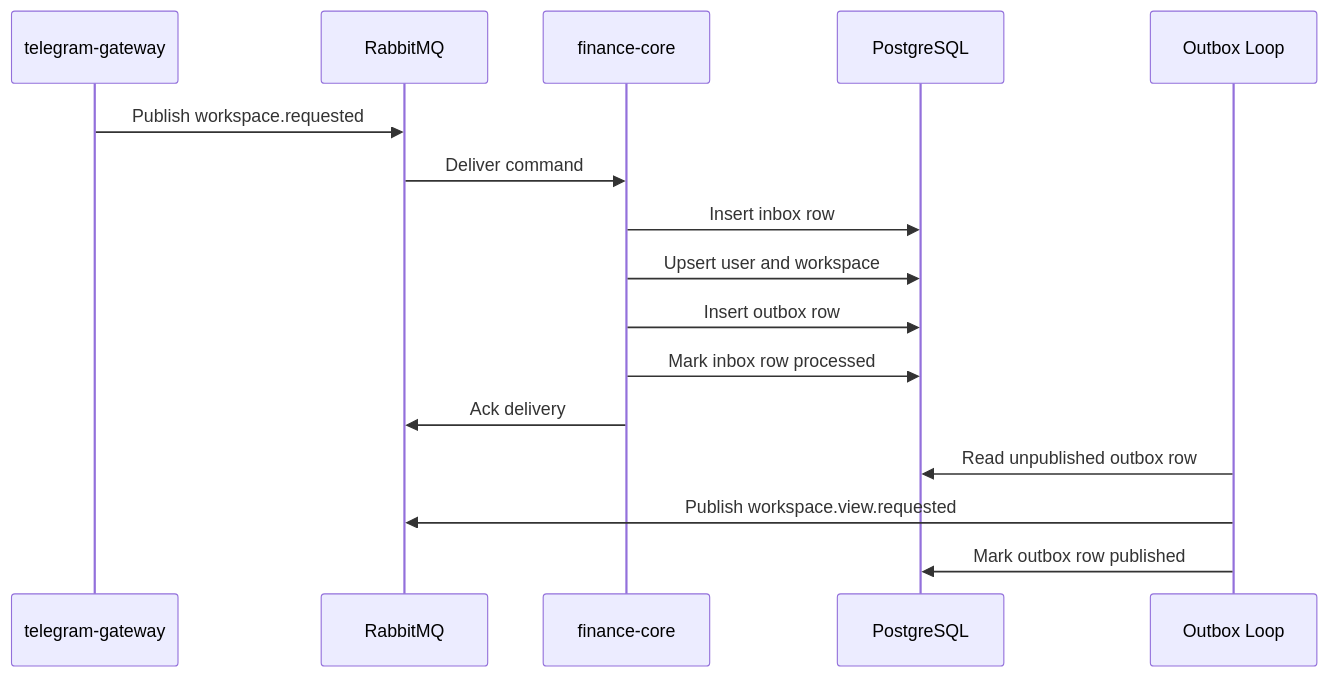
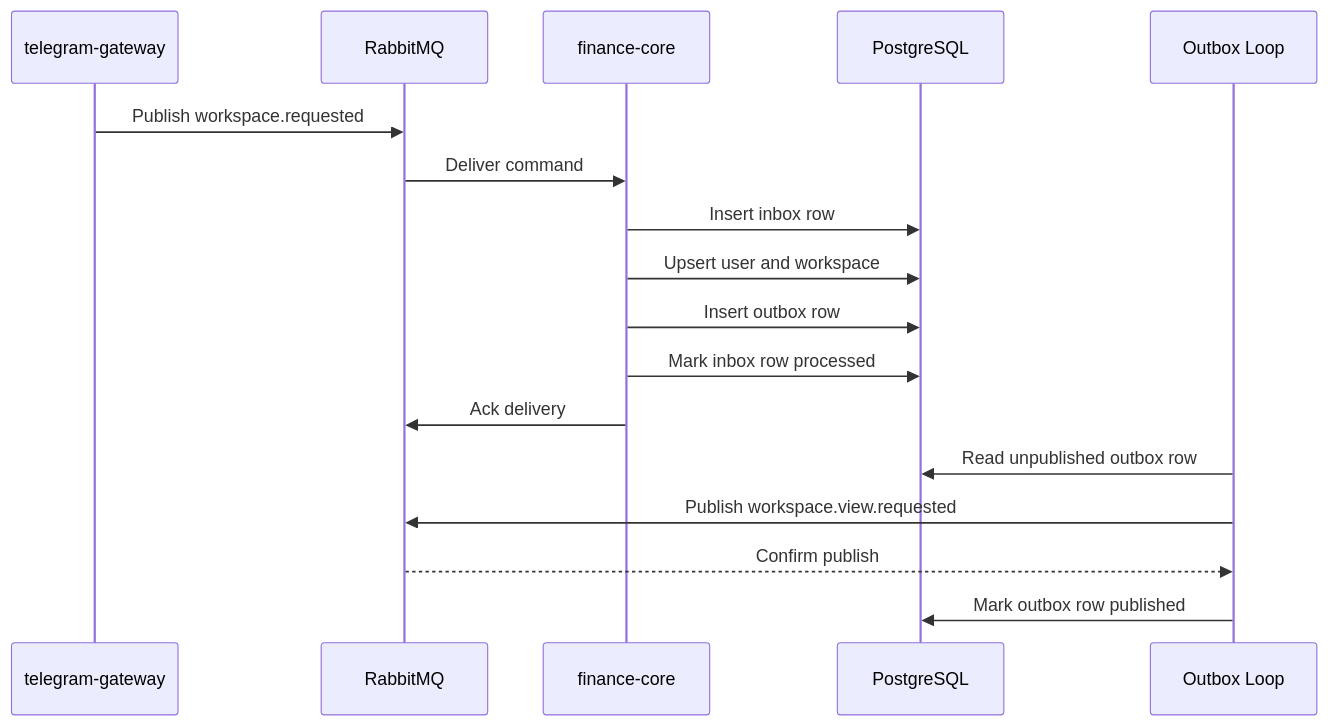
One commit to Fredoq/finance-bot-platform changed the diagram in docs/architecture/finance-core-sequence.md. Above: the diagram before and after it, drawn with Mermaid. The commit also changed 21 other files, not shown here.

````diff
--- a/docs/architecture/finance-core-sequence.md
+++ b/docs/architecture/finance-core-sequence.md
@@ -5,19 +5,20 @@
 ```mermaid
 sequenceDiagram
     participant G as telegram-gateway
     participant R as RabbitMQ
     participant C as finance-core
     participant P as PostgreSQL
     participant O as Outbox Loop
 
     G->>R: Publish workspace.requested
     R->>C: Deliver command
     C->>P: Insert inbox row
     C->>P: Upsert user and workspace
     C->>P: Insert outbox row
     C->>P: Mark inbox row processed
     C->>R: Ack delivery
     O->>P: Read unpublished outbox row
     O->>R: Publish workspace.view.requested
+    R-->>O: Confirm publish
     O->>P: Mark outbox row published
 ```
````
